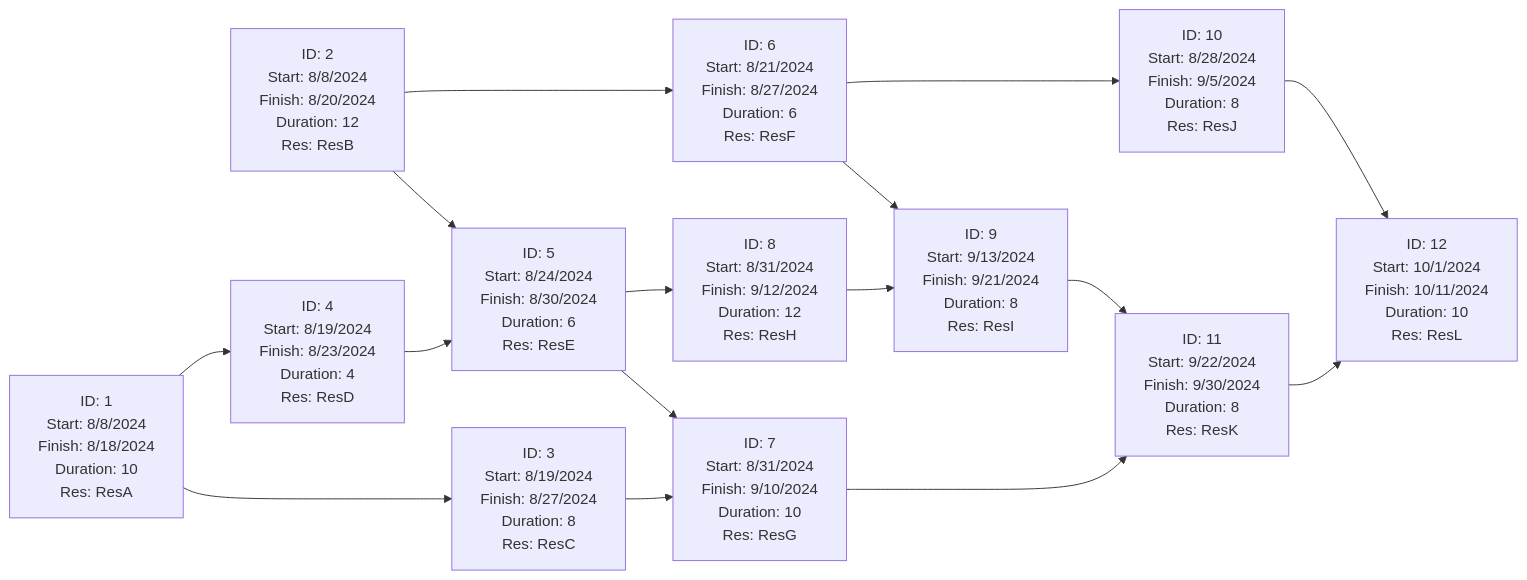
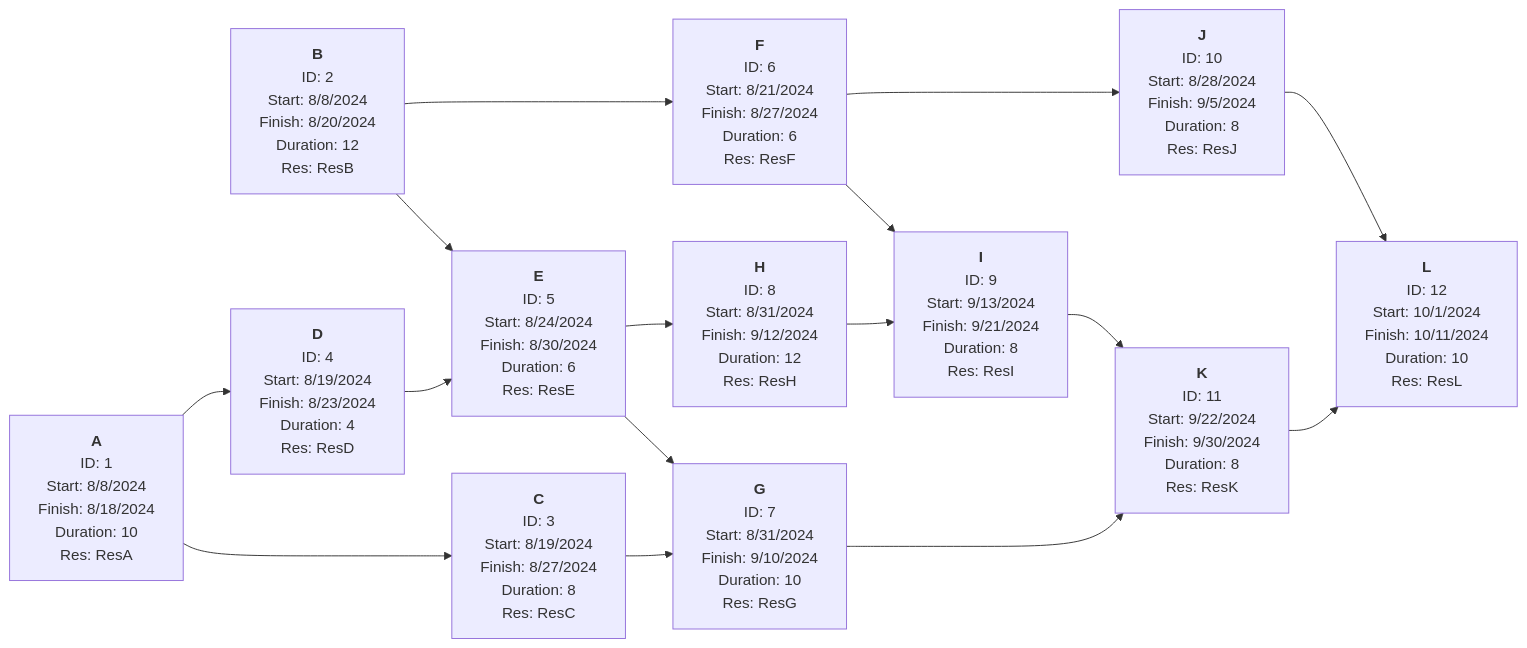
The second of 2 diagrams in exam-papers/2023-mgmt06065-project-management-solution.md (marcocrowe/learn-business), drawn with Mermaid before and after one commit. The commit also changed other lines of this file, not shown here.

````diff
--- a/exam-papers/2023-mgmt06065-project-management-solution.md
+++ b/exam-papers/2023-mgmt06065-project-management-solution.md
@@ -255,31 +151,31 @@
 ```mermaid
 graph LR
-    A["ID: 1<br/>Start: 8/8/2024<br/>Finish: 8/18/2024<br/>Duration: 10<br/>Res: ResA"]
-    B["ID: 2<br/>Start: 8/8/2024<br/>Finish: 8/20/2024<br/>Duration: 12<br/>Res: ResB"]
-    C["ID: 3<br/>Start: 8/19/2024<br/>Finish: 8/27/2024<br/>Duration: 8<br/>Res: ResC"]
-    D["ID: 4<br/>Start: 8/19/2024<br/>Finish: 8/23/2024<br/>Duration: 4<br/>Res: ResD"]
-    E["ID: 5<br/>Start: 8/24/2024<br/>Finish: 8/30/2024<br/>Duration: 6<br/>Res: ResE"]
-    F["ID: 6<br/>Start: 8/21/2024<br/>Finish: 8/27/2024<br/>Duration: 6<br/>Res: ResF"]
-    G["ID: 7<br/>Start: 8/31/2024<br/>Finish: 9/10/2024<br/>Duration: 10<br/>Res: ResG"]
-    H["ID: 8<br/>Start: 8/31/2024<br/>Finish: 9/12/2024<br/>Duration: 12<br/>Res: ResH"]
-    I["ID: 9<br/>Start: 9/13/2024<br/>Finish: 9/21/2024<br/>Duration: 8<br/>Res: ResI"]
-    J["ID: 10<br/>Start: 8/28/2024<br/>Finish: 9/5/2024<br/>Duration: 8<br/>Res: ResJ"]
-    K["ID: 11<br/>Start: 9/22/2024<br/>Finish: 9/30/2024<br/>Duration: 8<br/>Res: ResK"]
-    L["ID: 12<br/>Start: 10/1/2024<br/>Finish: 10/11/2024<br/>Duration: 10<br/>Res: ResL"]
+    A["<b>A</b><br/>ID: 1<br/>Start: 8/8/2024<br/>Finish: 8/18/2024<br/>Duration: 10<br/>Res: ResA"]
+    B["<b>B</b><br/>ID: 2<br/>Start: 8/8/2024<br/>Finish: 8/20/2024<br/>Duration: 12<br/>Res: ResB"]
+    C["<b>C</b><br/>ID: 3<br/>Start: 8/19/2024<br/>Finish: 8/27/2024<br/>Duration: 8<br/>Res: ResC"]
+    D["<b>D</b><br/>ID: 4<br/>Start: 8/19/2024<br/>Finish: 8/23/2024<br/>Duration: 4<br/>Res: ResD"]
+    E["<b>E</b><br/>ID: 5<br/>Start: 8/24/2024<br/>Finish: 8/30/2024<br/>Duration: 6<br/>Res: ResE"]
+    F["<b>F</b><br/>ID: 6<br/>Start: 8/21/2024<br/>Finish: 8/27/2024<br/>Duration: 6<br/>Res: ResF"]
+    G["<b>G</b><br/>ID: 7<br/>Start: 8/31/2024<br/>Finish: 9/10/2024<br/>Duration: 10<br/>Res: ResG"]
+    H["<b>H</b><br/>ID: 8<br/>Start: 8/31/2024<br/>Finish: 9/12/2024<br/>Duration: 12<br/>Res: ResH"]
+    I["<b>I</b><br/>ID: 9<br/>Start: 9/13/2024<br/>Finish: 9/21/2024<br/>Duration: 8<br/>Res: ResI"]
+    J["<b>J</b><br/>ID: 10<br/>Start: 8/28/2024<br/>Finish: 9/5/2024<br/>Duration: 8<br/>Res: ResJ"]
+    K["<b>K</b><br/>ID: 11<br/>Start: 9/22/2024<br/>Finish: 9/30/2024<br/>Duration: 8<br/>Res: ResK"]
+    L["<b>L</b><br/>ID: 12<br/>Start: 10/1/2024<br/>Finish: 10/11/2024<br/>Duration: 10<br/>Res: ResL"]
 
     A --> C 
     A --> D 
     B --> E 
     D --> E 
     B --> F 
     C --> G 
     E --> G 
     E --> H 
     F --> I 
     H --> I 
     F --> J 
     G --> K 
     I --> K 
     J --> L 
     K --> L 
 ```
````
